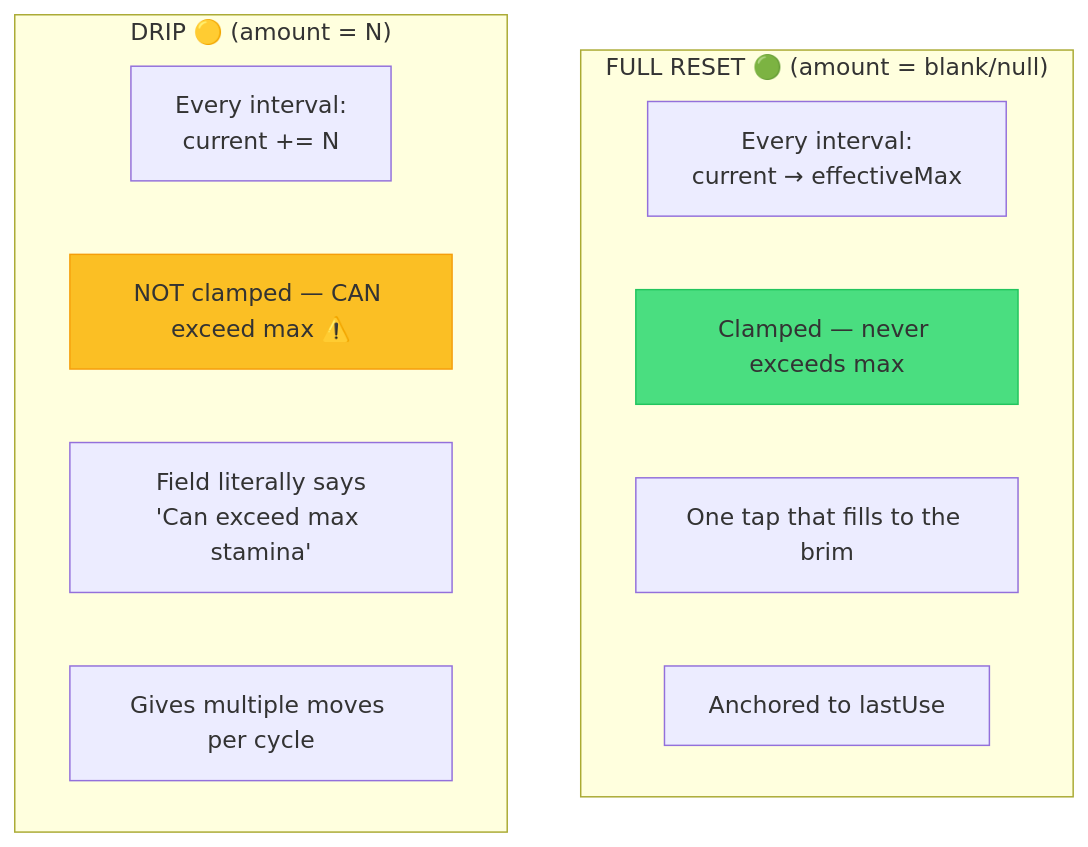
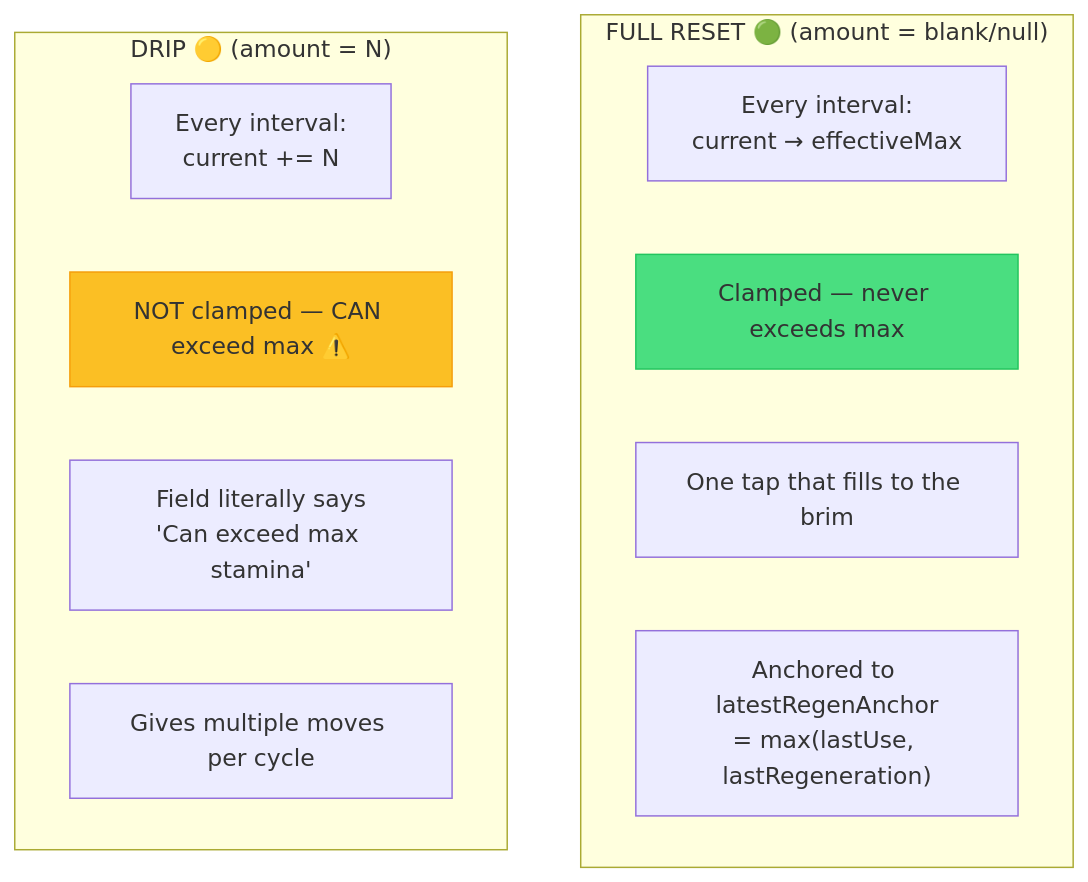
Before and after one commit to extremedonkey/castbot: the sixth of 11 diagrams in docs/03-features/StaminaArchitecture.md, drawn with Mermaid. The commit also changed other lines of this file and 8 other files, not shown here.

````diff
--- a/docs/03-features/StaminaArchitecture.md
+++ b/docs/03-features/StaminaArchitecture.md
@@ -290,17 +283,17 @@
 ```mermaid
 graph TB
     subgraph "FULL RESET 🟢 (amount = blank/null)"
         FR1["Every interval:<br/>current → effectiveMax"]
         FR2["Clamped — never exceeds max"]
         FR3["One tap that fills to the brim"]
-        FR4["Anchored to lastUse"]
+        FR4["Anchored to latestRegenAnchor<br/>= max(lastUse, lastRegeneration)"]
     end
     subgraph "DRIP 🟡 (amount = N)"
         DR1["Every interval:<br/>current += N"]
         DR2["NOT clamped — CAN exceed max ⚠️"]
         DR3["Field literally says<br/>'Can exceed max stamina'"]
         DR4["Gives multiple moves per cycle"]
     end
     style FR2 fill:#4ade80,stroke:#22c55e
     style DR2 fill:#fbbf24,stroke:#f59e0b
 ```
````
